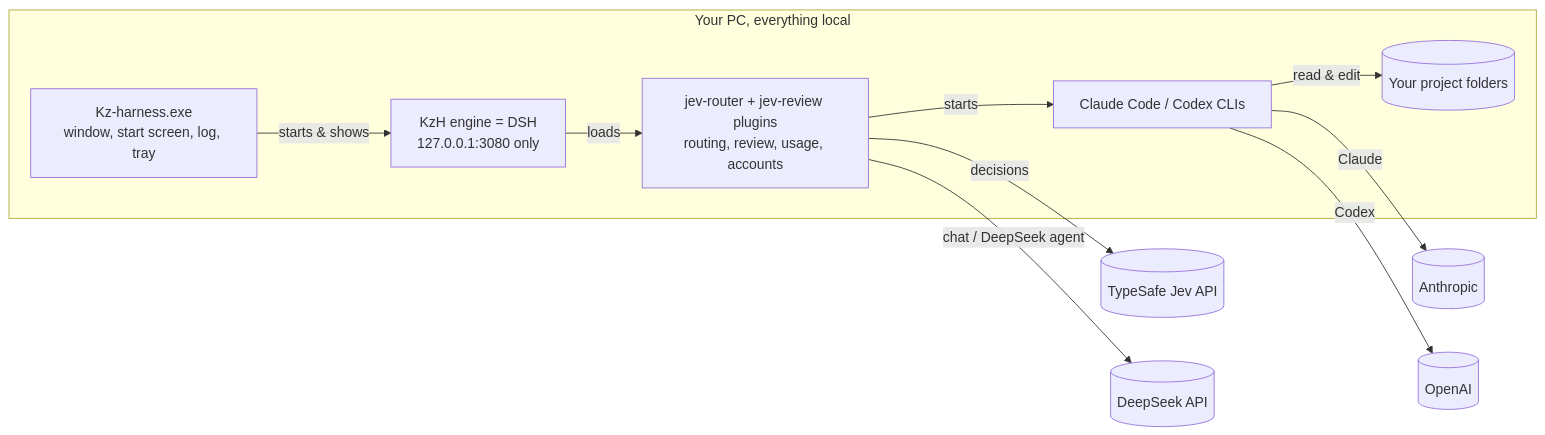
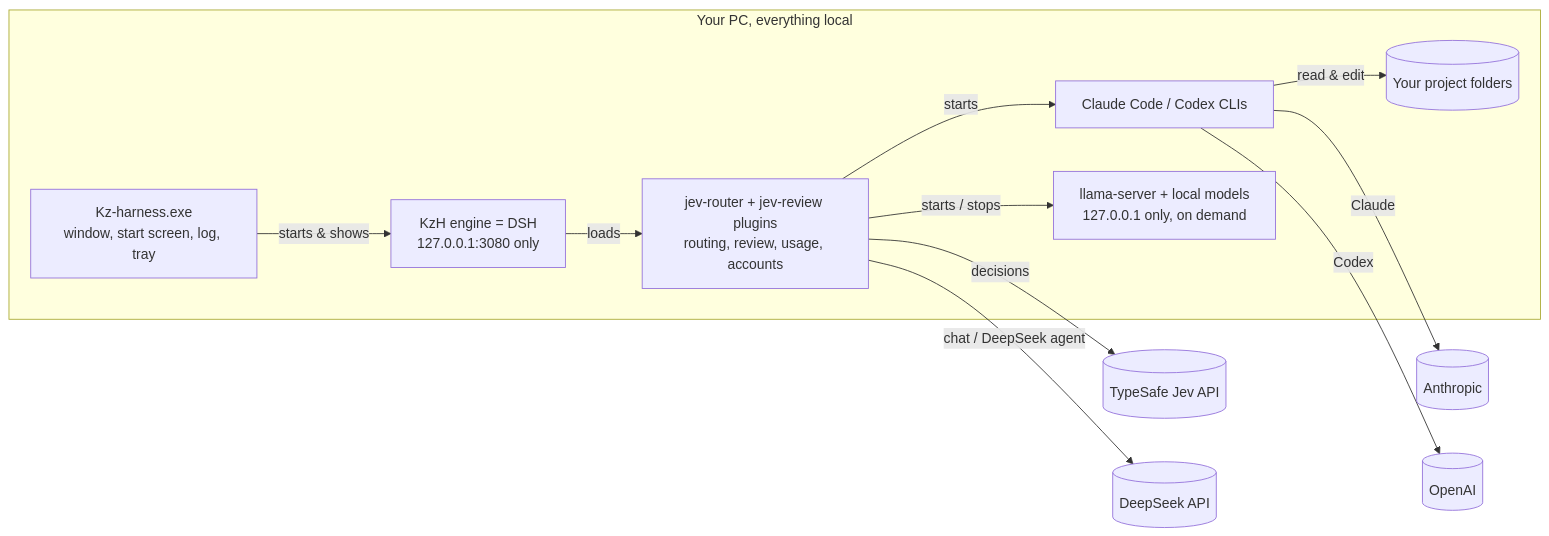
Before and after one commit to kz-95/kz-harness: the second of 2 diagrams in README.md, drawn with Mermaid. The commit also changed other lines of this file and 24 other files, not shown here.

First line of the commit message:
feat: local models, effort levels, title bar and privacy cleanup

````diff
--- a/README.md
+++ b/README.md
@@ -46,18 +47,20 @@
 ```mermaid
 flowchart LR
     subgraph PC[Your PC, everything local]
       APP[Kz-harness.exe<br/>window, start screen, log, tray]
       DSH[KzH engine = DSH<br/>127.0.0.1:3080 only]
       PL[jev-router + jev-review plugins<br/>routing, review, usage, accounts]
       CLI[Claude Code / Codex CLIs]
+      LL[llama-server + local models<br/>127.0.0.1 only, on demand]
       PRJ[(Your project folders)]
       APP -- starts & shows --> DSH
       DSH -- loads --> PL
       PL -- starts --> CLI
+      PL -- starts / stops --> LL
       CLI -- read & edit --> PRJ
     end
     PL -- decisions --> JEV[(TypeSafe Jev API)]
     PL -- chat / DeepSeek agent --> DS[(DeepSeek API)]
     CLI -- Claude --> AN[(Anthropic)]
     CLI -- Codex --> OA[(OpenAI)]
 ```
````
